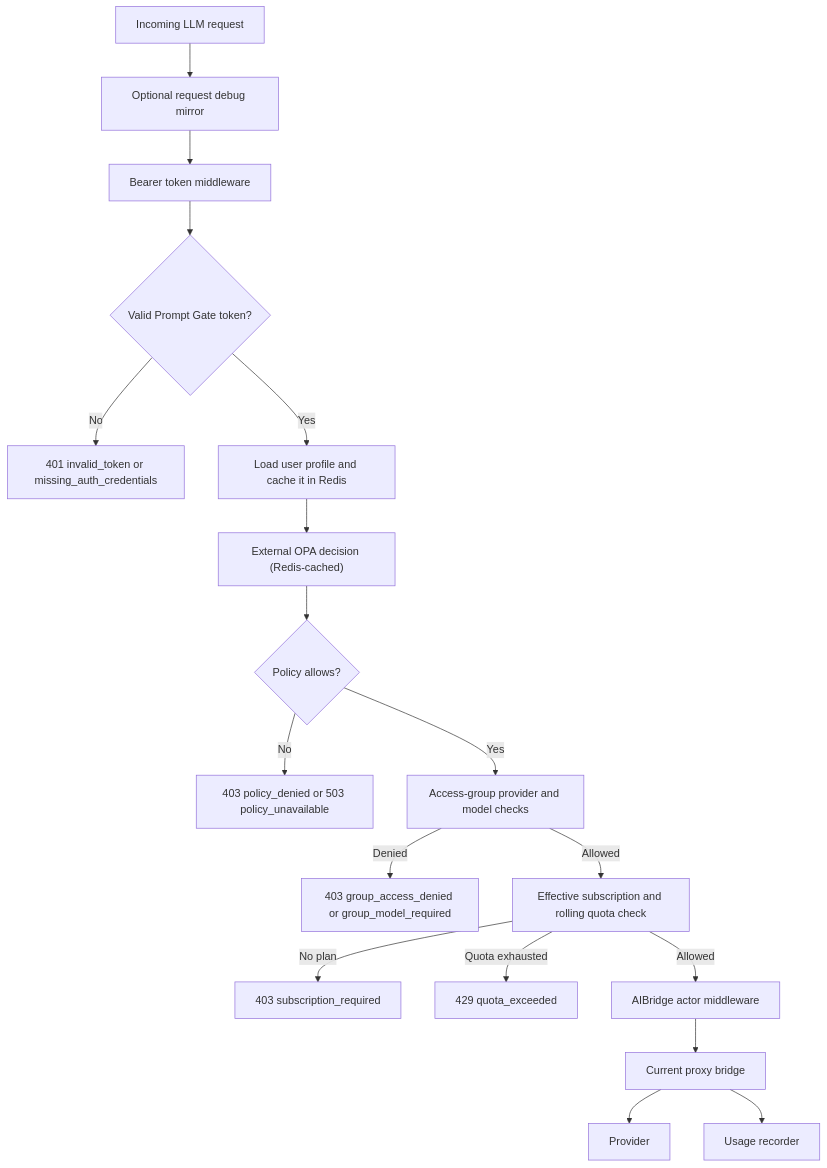
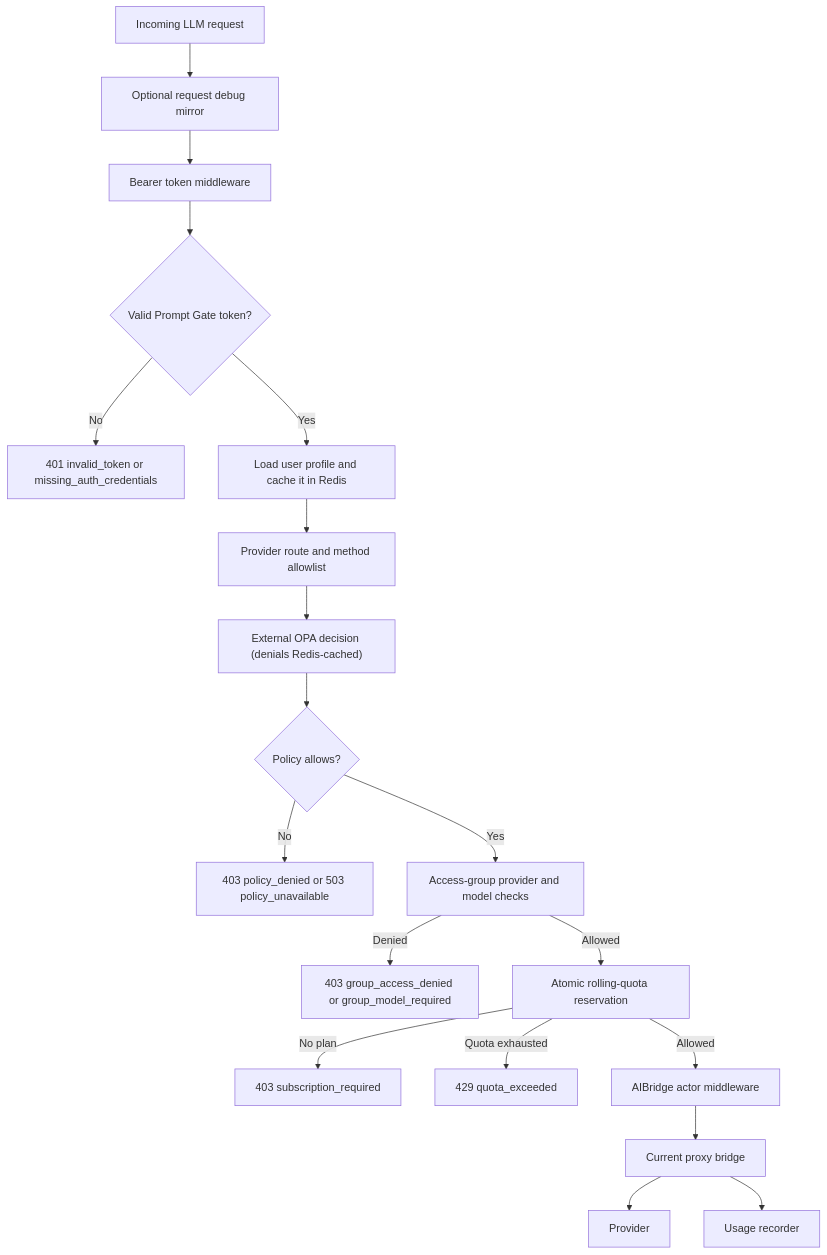
Before and after one commit to thomas-illiet/prompt-gate: the diagram in docs/proxy.md, drawn with Mermaid. The commit also changed other lines of this file and 24 other files, not shown here.

````diff
--- a/docs/proxy.md
+++ b/docs/proxy.md
@@ -18,20 +18,21 @@
 ```mermaid
 flowchart TD
     A["Incoming LLM request"] --> Z["Optional request debug mirror"]
     Z --> B["Bearer token middleware"]
     B --> C{"Valid Prompt Gate token?"}
     C -->|No| D["401 invalid_token or missing_auth_credentials"]
     C -->|Yes| E["Load user profile and cache it in Redis"]
-    E --> F["External OPA decision (Redis-cached)"]
+    E --> E2["Provider route and method allowlist"]
+    E2 --> F["External OPA decision (denials Redis-cached)"]
     F --> G{"Policy allows?"}
     G -->|No| H["403 policy_denied or 503 policy_unavailable"]
     G -->|Yes| I["Access-group provider and model checks"]
     I -->|Denied| I2["403 group_access_denied or group_model_required"]
-    I -->|Allowed| J["Effective subscription and rolling quota check"]
+    I -->|Allowed| J["Atomic rolling-quota reservation"]
     J -->|No plan| J2["403 subscription_required"]
     J -->|Quota exhausted| J3["429 quota_exceeded"]
     J -->|Allowed| K["AIBridge actor middleware"]
     K --> L["Current proxy bridge"]
     L --> M["Provider"]
     L --> N["Usage recorder"]
 ```
````
